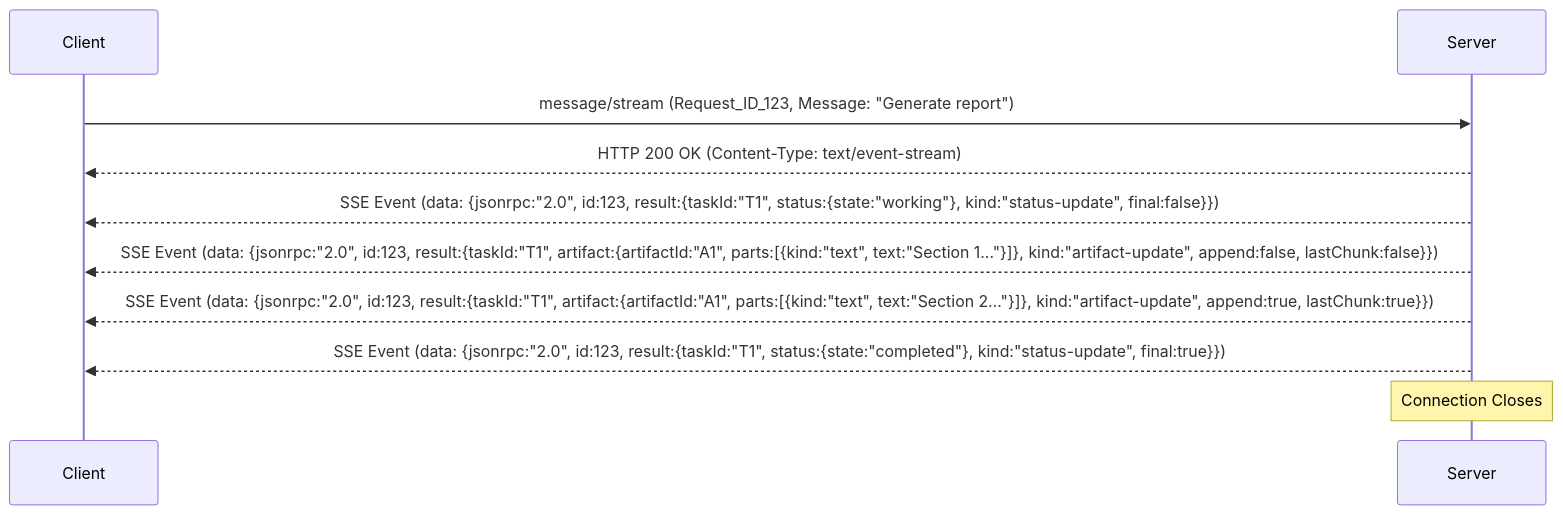
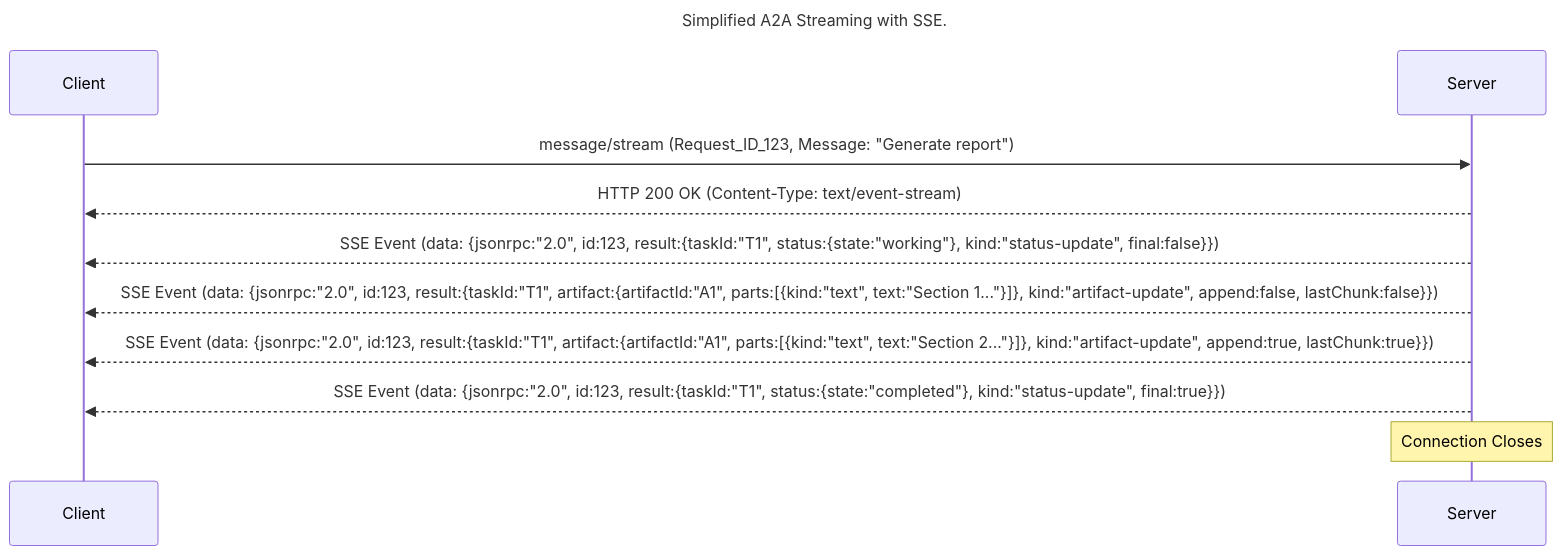
The third of 3 diagrams in _posts/2025-08-22-advanced-multi-agent-interactions.md (iamulya/iamulya.github.io), drawn with Mermaid before and after one commit. The commit also changed other lines of this file and 105 other files, not shown here.

````diff
--- a/_posts/2025-08-22-advanced-multi-agent-interactions.md
+++ b/_posts/2025-08-22-advanced-multi-agent-interactions.md
@@ -344,16 +401,17 @@
-    ```{mermaid}
-%%| fig-width: 50%
-%%| fig-cap: "*Diagram: Simplified A2A Streaming with SSE.*"
+```mermaid
+---
+title: Simplified A2A Streaming with SSE.
+---
     sequenceDiagram
         participant Client
         participant Server
     
         Client->>Server: message/stream (Request_ID_123, Message: "Generate report")
         Server-->>Client: HTTP 200 OK (Content-Type: text/event-stream)
         Server-->>Client: SSE Event (data: {jsonrpc:"2.0", id:123, result:{taskId:"T1", status:{state:"working"}, kind:"status-update", final:false}})
         Server-->>Client: SSE Event (data: {jsonrpc:"2.0", id:123, result:{taskId:"T1", artifact:{artifactId:"A1", parts:[{kind:"text", text:"Section 1..."}]}, kind:"artifact-update", append:false, lastChunk:false}})
         Server-->>Client: SSE Event (data: {jsonrpc:"2.0", id:123, result:{taskId:"T1", artifact:{artifactId:"A1", parts:[{kind:"text", text:"Section 2..."}]}, kind:"artifact-update", append:true, lastChunk:true}})
         Server-->>Client: SSE Event (data: {jsonrpc:"2.0", id:123, result:{taskId:"T1", status:{state:"completed"}, kind:"status-update", final:true}})
         Note over Server: Connection Closes
     
-    ```
+```
````
